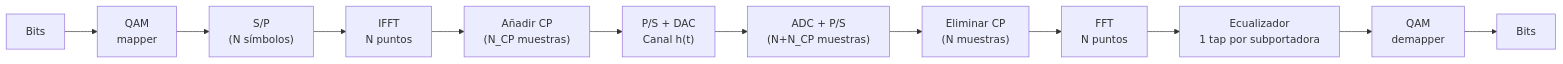
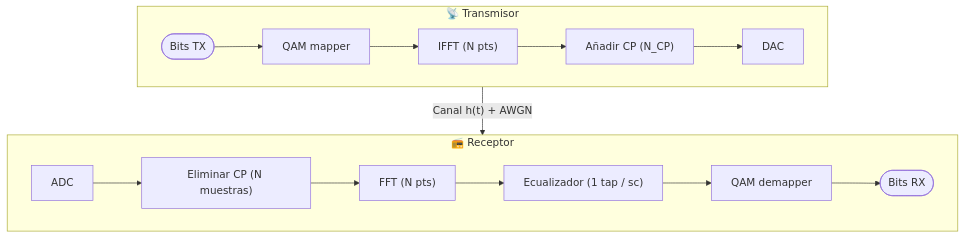
One commit to ollerenac/wireless-communication-systems changed the diagram in docs/sessions/03-ofdm-systems/index.md. Above: the diagram before and after it, drawn with Mermaid.

Commit message:
session03: reformat OFDM chain diagram into TX/RX two-row layout
Replace single 12-node LR graph with flowchart TD + two subgraphs
(TX top row, RX bottom row, direction LR inside each) connected by
a Canal h(t)+AWGN arrow. Labels are now readable at normal zoom.

````diff
--- a/docs/sessions/03-ofdm-systems/index.md
+++ b/docs/sessions/03-ofdm-systems/index.md
@@ -406,14 +406,12 @@
 ```mermaid
-graph LR
-    A[Bits] --> B["QAM<br/>mapper"]
-    B --> C["S/P<br/>(N símbolos)"]
-    C --> D["IFFT<br/>N puntos"]
-    D --> E["Añadir CP<br/>(N_CP muestras)"]
-    E --> F["P/S + DAC<br/>Canal h(t)"]
-    F --> G["ADC + P/S<br/>(N+N_CP muestras)"]
-    G --> H["Eliminar CP<br/>(N muestras)"]
-    H --> I["FFT<br/>N puntos"]
-    I --> J["Ecualizador<br/>1 tap por subportadora"]
-    J --> K["QAM<br/>demapper"]
-    K --> L[Bits]
+flowchart TD
+    subgraph TX["📡  Transmisor"]
+        direction LR
+        A([Bits TX]) --> B["QAM mapper"] --> C["IFFT (N pts)"] --> D["Añadir CP (N_CP)"] --> E[DAC]
+    end
+    subgraph RX["📻  Receptor"]
+        direction LR
+        F[ADC] --> G["Eliminar CP (N muestras)"] --> H["FFT (N pts)"] --> I["Ecualizador (1 tap / sc)"] --> J["QAM demapper"] --> K([Bits RX])
+    end
+    E -->|"Canal  h(t)  +  AWGN"| F
 ```
````
